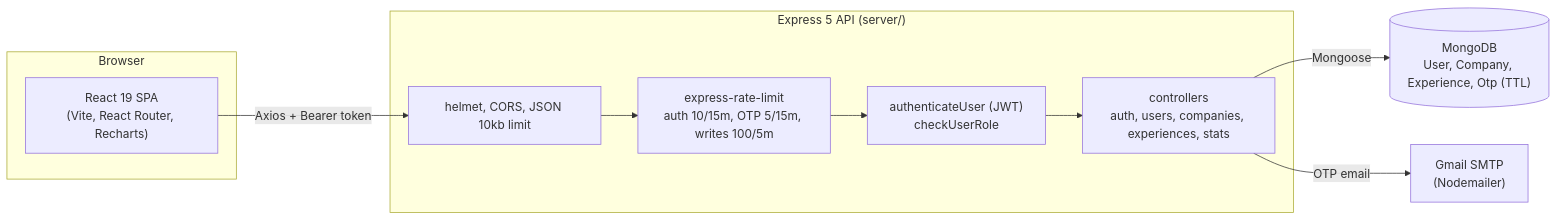
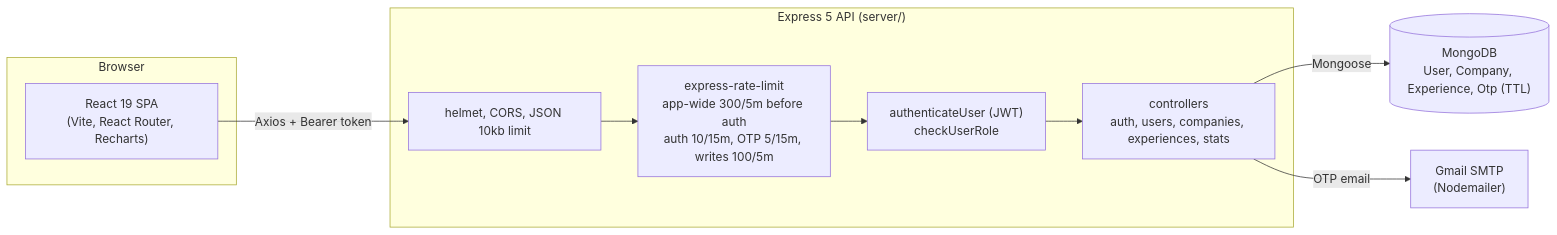
One commit to MCA-NITW/placemento changed the first of 2 diagrams in README.md. Above: the diagram before and after it, drawn with Mermaid. The commit also changed other lines of this file and 25 other files, not shown here.

````diff
--- a/README.md
+++ b/README.md
@@ -33,18 +67,18 @@
 ```mermaid
 flowchart LR
   subgraph Browser
     SPA["React 19 SPA<br/>(Vite, React Router, Recharts)"]
   end
   subgraph API["Express 5 API (server/)"]
     MW["helmet, CORS, JSON 10kb limit"]
-    RL["express-rate-limit<br/>auth 10/15m, OTP 5/15m, writes 100/5m"]
+    RL["express-rate-limit<br/>app-wide 300/5m before auth<br/>auth 10/15m, OTP 5/15m, writes 100/5m"]
     AUTH["authenticateUser (JWT)<br/>checkUserRole"]
     CTRL["controllers<br/>auth, users, companies, experiences, stats"]
   end
   DB[("MongoDB<br/>User, Company, Experience, Otp (TTL)")]
   MAIL["Gmail SMTP<br/>(Nodemailer)"]
 
   SPA -- "Axios + Bearer token" --> MW --> RL --> AUTH --> CTRL
   CTRL -- Mongoose --> DB
   CTRL -- "OTP email" --> MAIL
 ```
````
